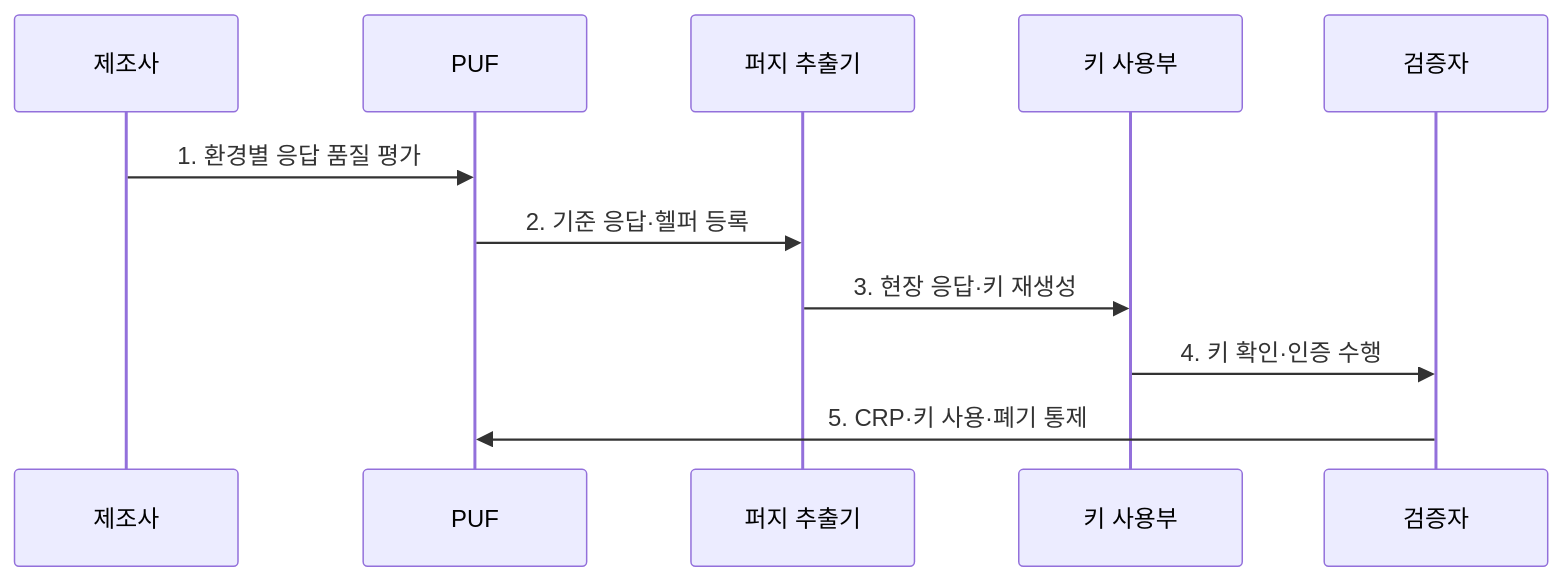
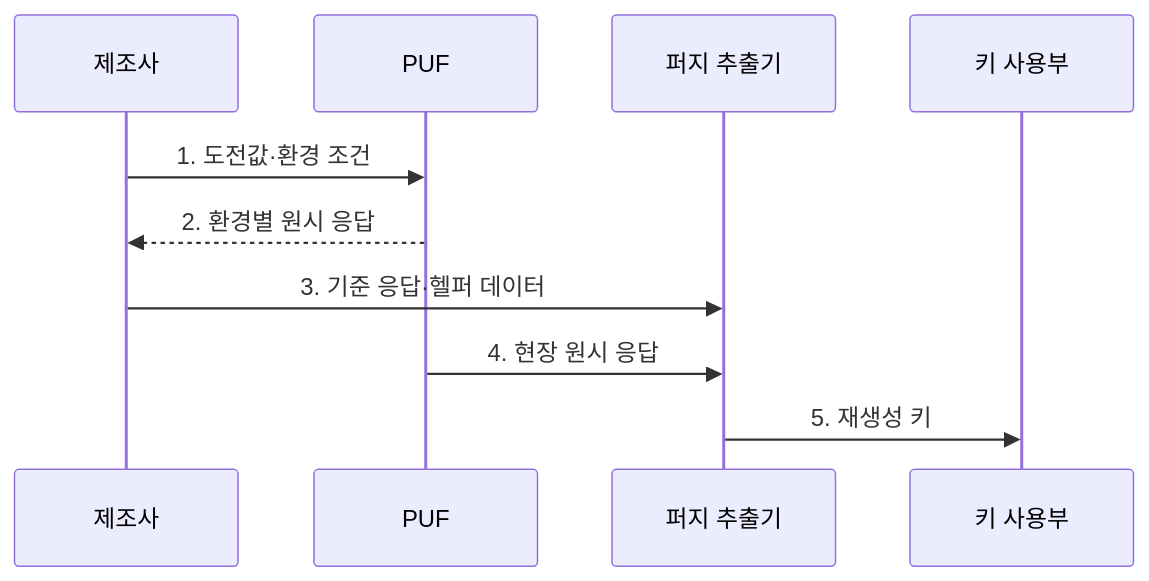
The second of 2 diagrams in src/content/docs/notes/05-security/129_puf.md (agnusdei1207/knowledge-base), drawn with Mermaid before and after one commit. The commit also changed other lines of this file and 20 other files, not shown here.

````diff
--- a/src/content/docs/notes/05-security/129_puf.md
+++ b/src/content/docs/notes/05-security/129_puf.md
@@ -82,13 +82,12 @@
 ```mermaid
 sequenceDiagram
   participant M as 제조사
   participant P as PUF
   participant F as 퍼지 추출기
   participant K as 키 사용부
-  participant V as 검증자
-  M->>P: 1. 환경별 응답 품질 평가
-  P->>F: 2. 기준 응답·헬퍼 등록
-  F->>K: 3. 현장 응답·키 재생성
-  K->>V: 4. 키 확인·인증 수행
-  V->>P: 5. CRP·키 사용·폐기 통제
+  M->>P: 1. 도전값·환경 조건
+  P-->>M: 2. 환경별 원시 응답
+  M->>F: 3. 기준 응답·헬퍼 데이터
+  P->>F: 4. 현장 원시 응답
+  F->>K: 5. 재생성 키
 ```
````
